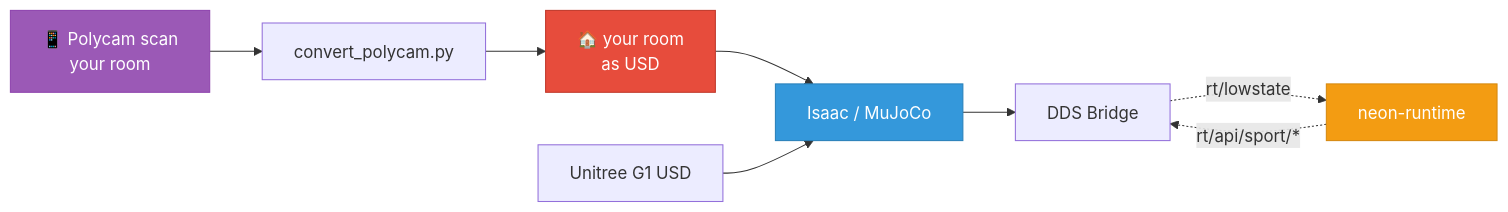
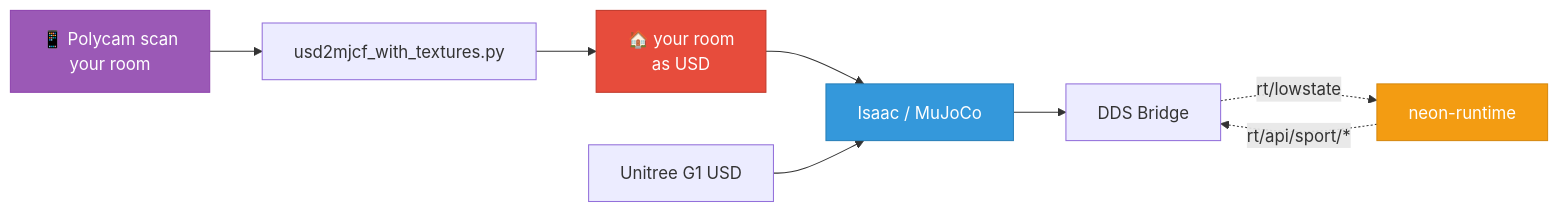
The diagram in docs/index.md (cagataycali/neon-sim), drawn with Mermaid before and after one commit. The commit also changed 31 other files, not shown here.

First line of the commit message:
sim: replace 4 converter attempts with single usd2mjcf pipeline

````diff
--- a/docs/index.md
+++ b/docs/index.md
@@ -28,15 +28,15 @@
 ```mermaid
 flowchart LR
-    Scan[📱 Polycam scan<br/>your room] --> Conv[convert_polycam.py]
+    Scan[📱 Polycam scan<br/>your room] --> Conv[usd2mjcf_with_textures.py]
     Conv --> Room[🏠 your room<br/>as USD]
     Room --> Sim[Isaac / MuJoCo]
     G1U[Unitree G1 USD] --> Sim
     Sim --> Bridge[DDS Bridge]
     Bridge -.rt/lowstate.-> Neon[neon-runtime]
     Neon -.rt/api/sport/*.-> Bridge
 
     style Scan fill:#9b59b6,stroke:#8e44ad,color:#fff
     style Room fill:#e74c3c,stroke:#c0392b,color:#fff
     style Sim fill:#3498db,stroke:#2980b9,color:#fff
     style Neon fill:#f39c12,stroke:#d68910,color:#fff
 ```
````
